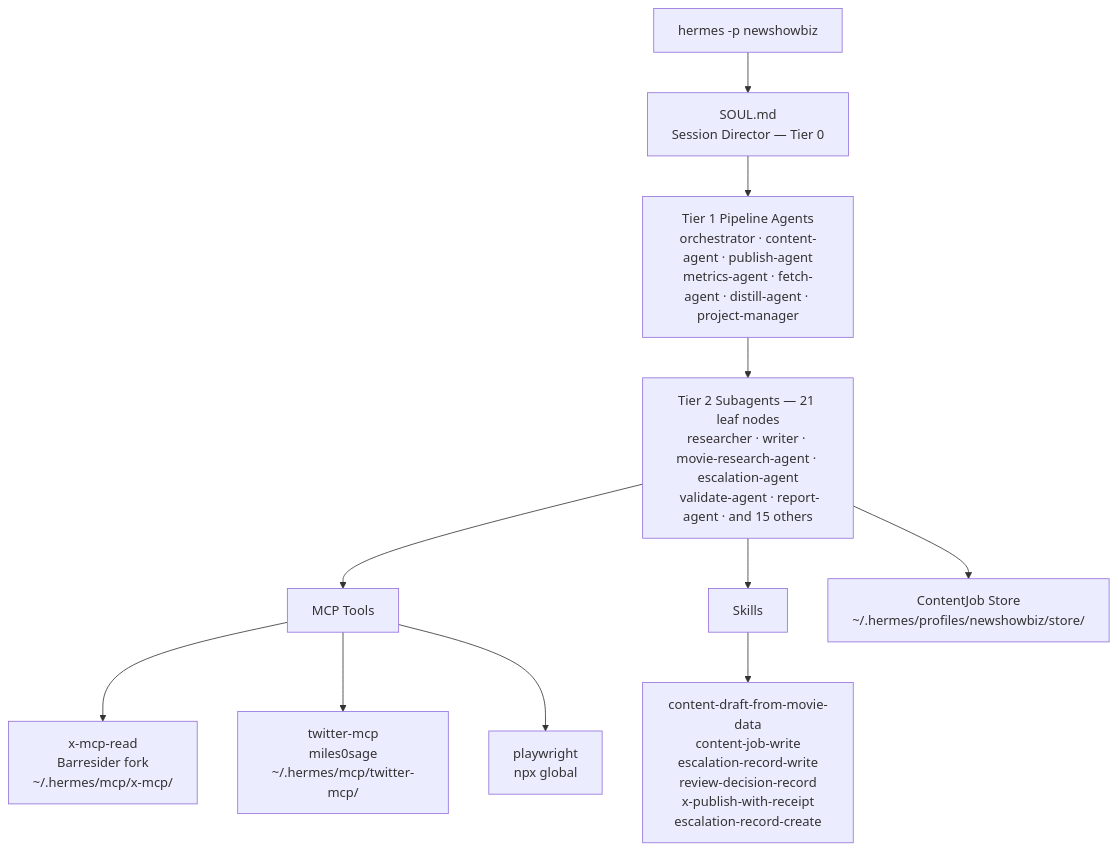
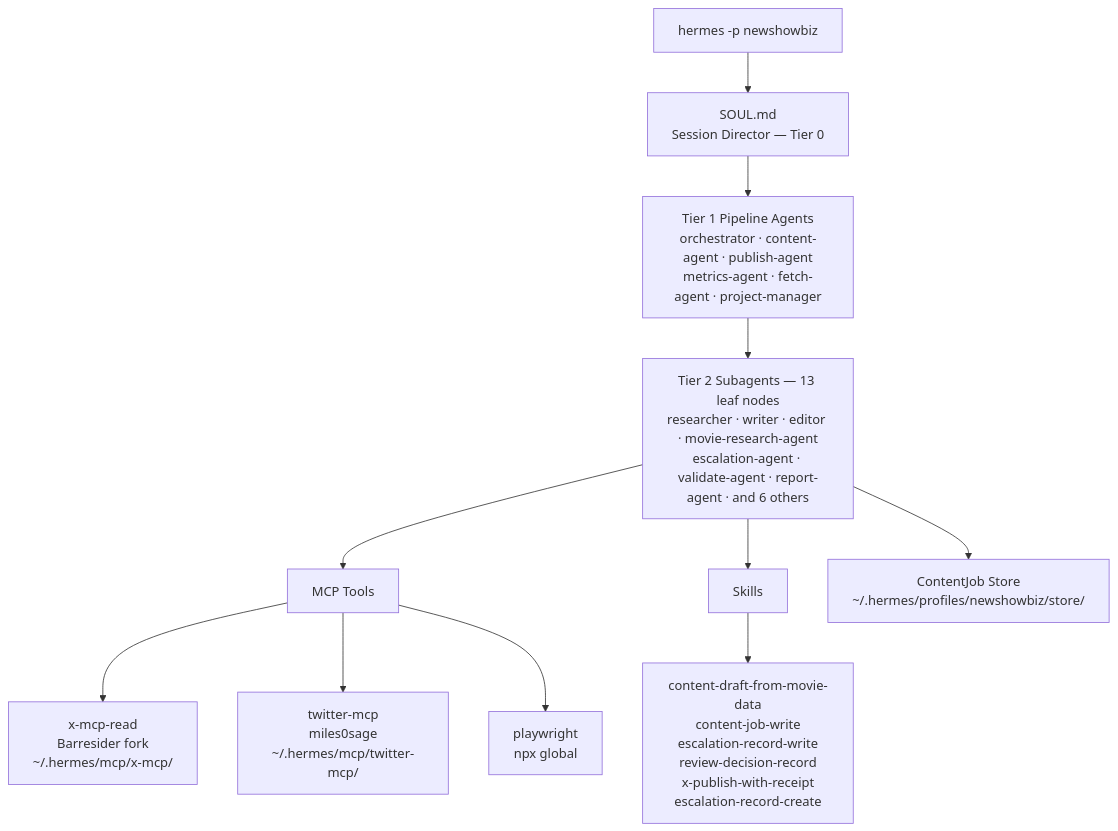
Before and after one commit to St-Expedite-Press/no-hay-banda: the diagram in README.md, drawn with Mermaid. The commit also changed other lines of this file and 15 other files, not shown here.

First line of the commit message:
Consolidate agent roster from 29 to 20 agents

````diff
--- a/README.md
+++ b/README.md
@@ -33,13 +33,13 @@
 ```mermaid
 flowchart TD
     A[hermes -p newshowbiz] --> B[SOUL.md\nSession Director — Tier 0]
-    B --> C[Tier 1 Pipeline Agents\norchestrator · content-agent · publish-agent\nmetrics-agent · fetch-agent · distill-agent · project-manager]
-    C --> D[Tier 2 Subagents — 21 leaf nodes\nresearcher · writer · movie-research-agent · escalation-agent\n validate-agent · report-agent · and 15 others]
+    B --> C[Tier 1 Pipeline Agents\norchestrator · content-agent · publish-agent\nmetrics-agent · fetch-agent · project-manager]
+    C --> D[Tier 2 Subagents — 13 leaf nodes\nresearcher · writer · editor · movie-research-agent\nescalation-agent · validate-agent · report-agent · and 6 others]
     D --> E[MCP Tools]
     E --> F[x-mcp-read\nBarresider fork\n~/.hermes/mcp/x-mcp/]
     E --> G[twitter-mcp\nmiles0sage\n~/.hermes/mcp/twitter-mcp/]
     E --> H[playwright\nnpx global]
     D --> I[Skills]
     I --> J[content-draft-from-movie-data\ncontent-job-write\nescalation-record-write\nreview-decision-record\nx-publish-with-receipt\nescalation-record-create]
     D --> K[ContentJob Store\n~/.hermes/profiles/newshowbiz/store/]
 ```
````
